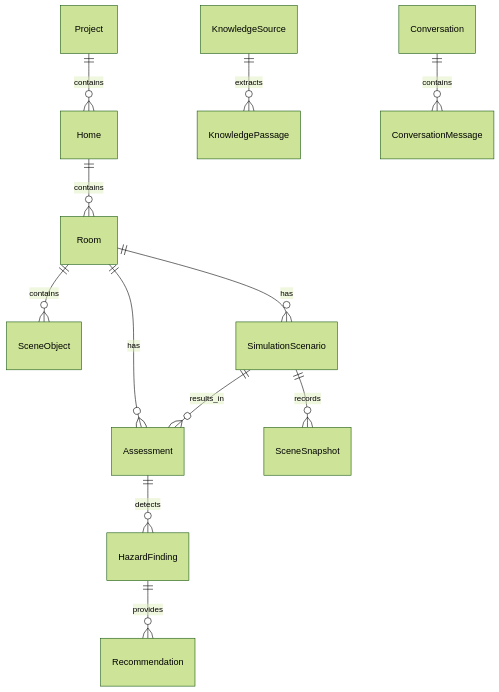
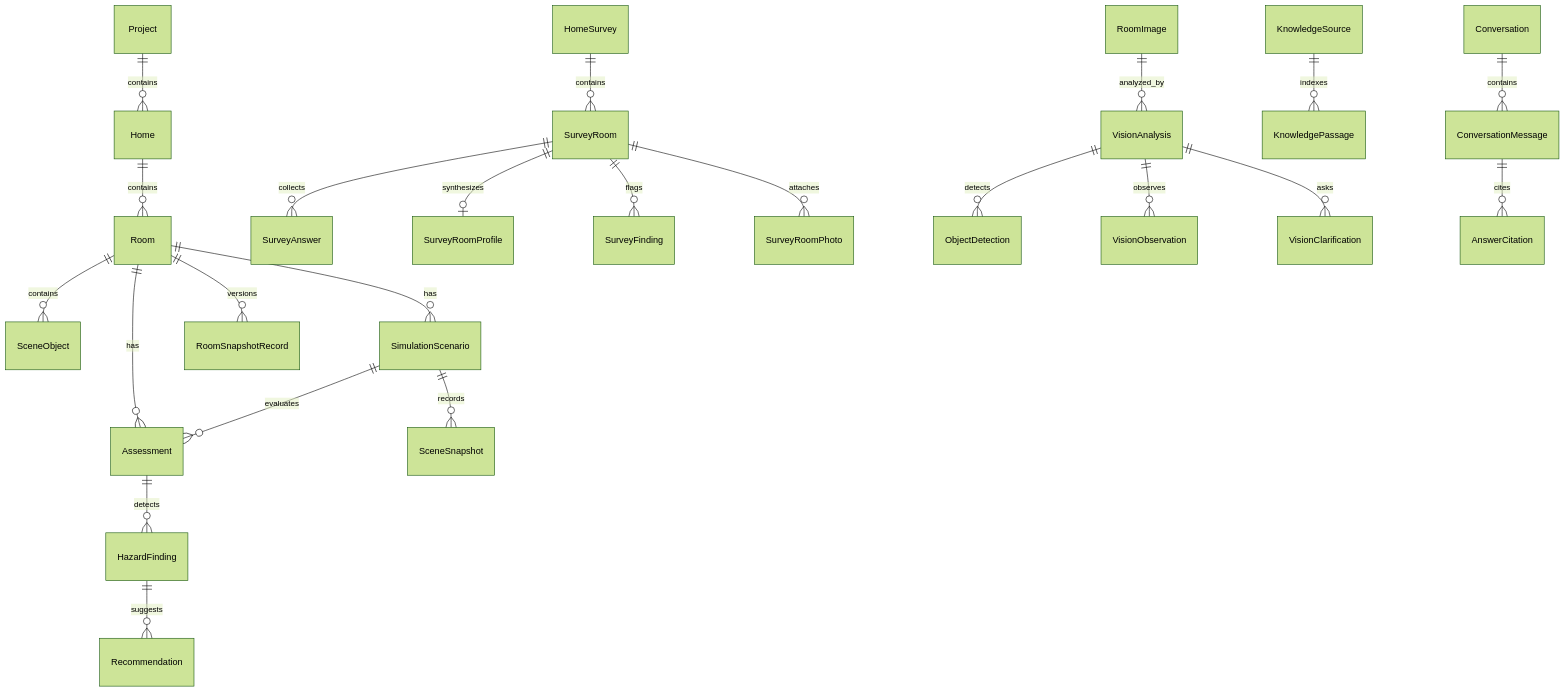
Before and after one commit to NguyenTriBaoThang/SafeHome3DAI: the diagram in docs/DATABASE_SCHEMA.md, drawn with Mermaid (forest theme). The commit also changed other lines of this file and 23 other files, not shown here.

````diff
--- a/docs/DATABASE_SCHEMA.md
+++ b/docs/DATABASE_SCHEMA.md
@@ -12,14 +15,25 @@
 ```mermaid
 erDiagram
     Project ||--o{ Home : contains
     Home ||--o{ Room : contains
     Room ||--o{ SceneObject : contains
     Room ||--o{ SimulationScenario : has
     Room ||--o{ Assessment : has
+    Room ||--o{ RoomSnapshotRecord : versions
     SimulationScenario ||--o{ SceneSnapshot : records
-    SimulationScenario ||--o{ Assessment : results_in
+    SimulationScenario ||--o{ Assessment : evaluates
     Assessment ||--o{ HazardFinding : detects
-    HazardFinding ||--o{ Recommendation : provides
-    KnowledgeSource ||--o{ KnowledgePassage : extracts
+    HazardFinding ||--o{ Recommendation : suggests
+    HomeSurvey ||--o{ SurveyRoom : contains
+    SurveyRoom ||--o{ SurveyAnswer : collects
+    SurveyRoom ||--o| SurveyRoomProfile : synthesizes
+    SurveyRoom ||--o{ SurveyFinding : flags
+    SurveyRoom ||--o{ SurveyRoomPhoto : attaches
+    RoomImage ||--o{ VisionAnalysis : analyzed_by
+    VisionAnalysis ||--o{ ObjectDetection : detects
+    VisionAnalysis ||--o{ VisionObservation : observes
+    VisionAnalysis ||--o{ VisionClarification : asks
+    KnowledgeSource ||--o{ KnowledgePassage : indexes
     Conversation ||--o{ ConversationMessage : contains
+    ConversationMessage ||--o{ AnswerCitation : cites
 ```
````
